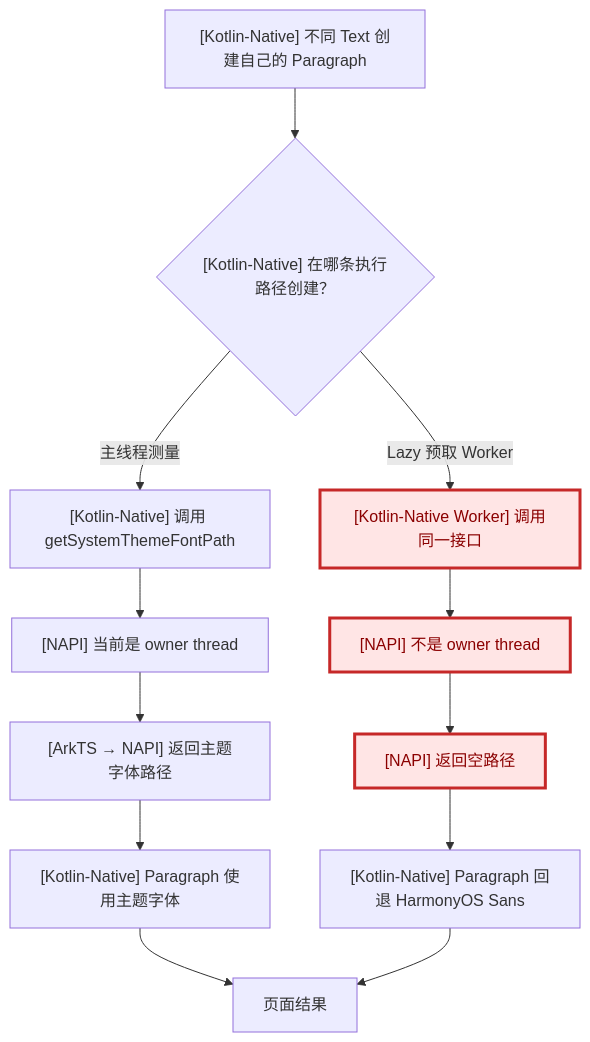
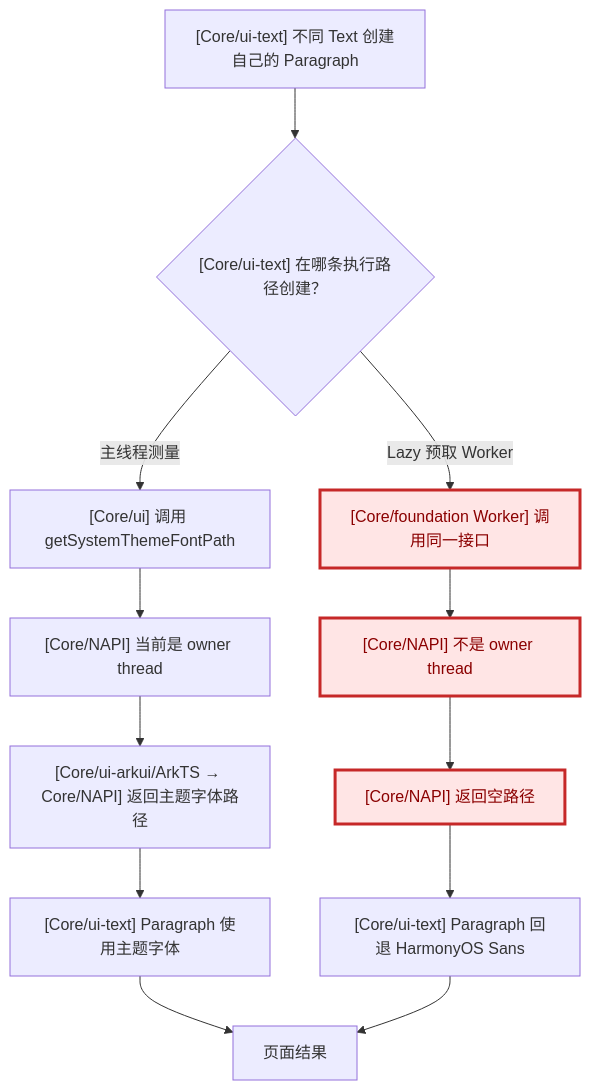
Before and after one commit to jsdegithub/CMP-DOCS: the fifth of 10 diagrams in CMP不跟随系统字体问题-根因与修复思路.md, drawn with Mermaid. The commit also changed other lines of this file, not shown here.

````diff
--- a/CMP不跟随系统字体问题-根因与修复思路.md
+++ b/CMP不跟随系统字体问题-根因与修复思路.md
@@ -302,16 +312,16 @@
 ```mermaid
 flowchart TD
-    A["[Kotlin-Native] 不同 Text 创建自己的 Paragraph"] --> B{"[Kotlin-Native] 在哪条执行路径创建？"}
-    B -->|"主线程测量"| C["[Kotlin-Native] 调用 getSystemThemeFontPath"]
-    C --> D["[NAPI] 当前是 owner thread"]
-    D --> E["[ArkTS → NAPI] 返回主题字体路径"]
-    B -->|"Lazy 预取 Worker"| F["[Kotlin-Native Worker] 调用同一接口"]:::problem
-    F --> G["[NAPI] 不是 owner thread"]:::problem
-    G --> H["[NAPI] 返回空路径"]:::problem
-    E --> I["[Kotlin-Native] Paragraph 使用主题字体"]
-    H --> J["[Kotlin-Native] Paragraph 回退 HarmonyOS Sans"]
+    A["[Core/ui-text] 不同 Text 创建自己的 Paragraph"] --> B{"[Core/ui-text] 在哪条执行路径创建？"}
+    B -->|"主线程测量"| C["[Core/ui] 调用 getSystemThemeFontPath"]
+    C --> D["[Core/NAPI] 当前是 owner thread"]
+    D --> E["[Core/ui-arkui/ArkTS → Core/NAPI] 返回主题字体路径"]
+    B -->|"Lazy 预取 Worker"| F["[Core/foundation Worker] 调用同一接口"]:::problem
+    F --> G["[Core/NAPI] 不是 owner thread"]:::problem
+    G --> H["[Core/NAPI] 返回空路径"]:::problem
+    E --> I["[Core/ui-text] Paragraph 使用主题字体"]
+    H --> J["[Core/ui-text] Paragraph 回退 HarmonyOS Sans"]
     I --> K["页面结果"]
     J --> K
 
     classDef problem fill:#ffe5e5,stroke:#c62828,stroke-width:3px,color:#8b0000;
 ```
````
